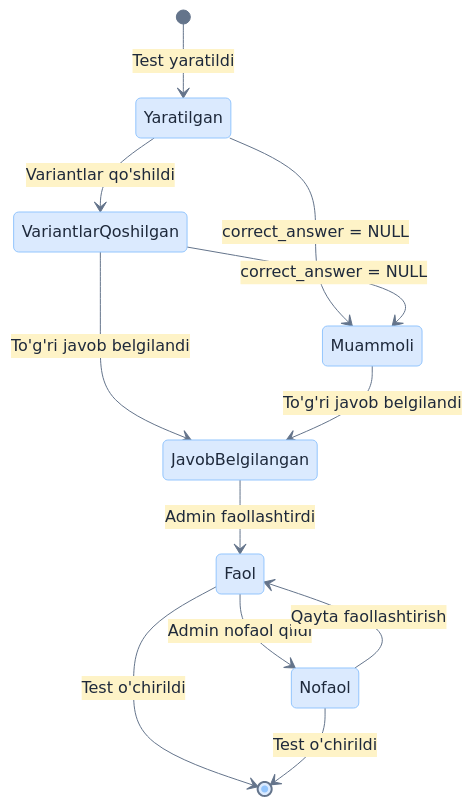
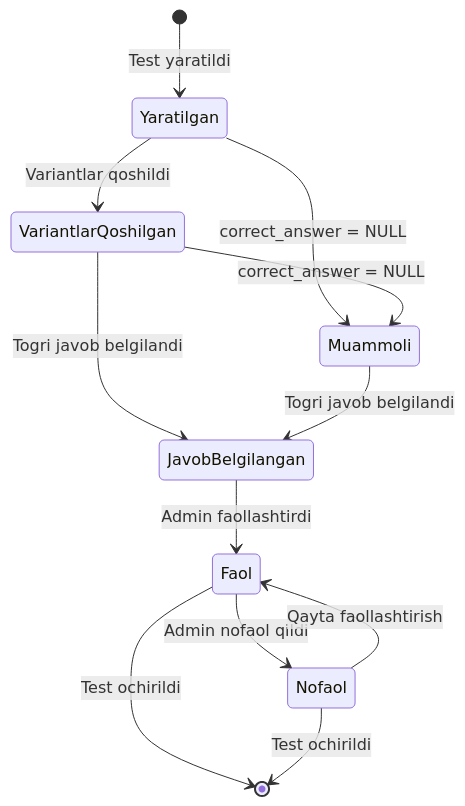
One commit to khismoiloff/BrpAvtoTest changed diagram 13 of 18 in README.md. Above: the diagram before and after it, drawn with Mermaid. The commit also changed other lines of this file, not shown here.

````diff
--- a/README.md
+++ b/README.md
@@ -601,17 +589,17 @@
 ```mermaid
-%%{init: {'theme': 'base', 'themeVariables': {'background': '#ffffff', 'primaryColor': '#dbeafe', 'primaryTextColor': '#1e293b', 'primaryBorderColor': '#93c5fd', 'lineColor': '#64748b', 'secondaryColor': '#fef3c7', 'tertiaryColor': '#ede9fe', 'fontFamily': 'sans-serif'}}}%%
+%%{init: {'theme': 'default'}}%%
 stateDiagram-v2
     [*] --> Yaratilgan: Test yaratildi
-    Yaratilgan --> VariantlarQoshilgan: Variantlar qo'shildi
-    VariantlarQoshilgan --> JavobBelgilangan: To'g'ri javob belgilandi
+    Yaratilgan --> VariantlarQoshilgan: Variantlar qoshildi
+    VariantlarQoshilgan --> JavobBelgilangan: Togri javob belgilandi
     JavobBelgilangan --> Faol: Admin faollashtirdi
     Faol --> Nofaol: Admin nofaol qildi
     Nofaol --> Faol: Qayta faollashtirish
     
     Yaratilgan --> Muammoli: correct_answer = NULL
     VariantlarQoshilgan --> Muammoli: correct_answer = NULL
-    Muammoli --> JavobBelgilangan: To'g'ri javob belgilandi
+    Muammoli --> JavobBelgilangan: Togri javob belgilandi
     
-    Faol --> [*]: Test o'chirildi
-    Nofaol --> [*]: Test o'chirildi
+    Faol --> [*]: Test ochirildi
+    Nofaol --> [*]: Test ochirildi
 ```
````
